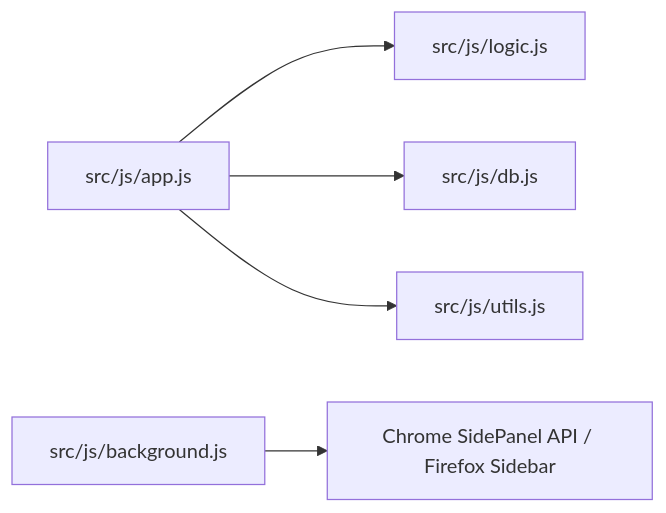
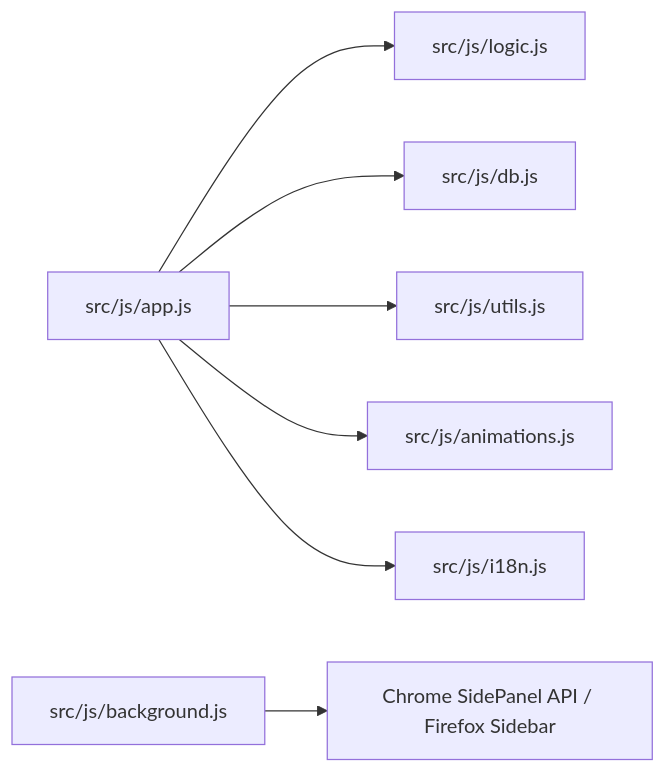
One commit to masanori-satake/QuickLog-Solo changed the diagram in docs/spec.md. Above: the diagram before and after it, drawn with Mermaid. The commit also changed other lines of this file and 3 other files, not shown here.

````diff
--- a/docs/spec.md
+++ b/docs/spec.md
@@ -93,7 +105,9 @@
 ```mermaid
 graph LR
     A[src/js/app.js] --> B[src/js/logic.js]
     A --> C[src/js/db.js]
     A --> D[src/js/utils.js]
+    A --> F[src/js/animations.js]
+    A --> G[src/js/i18n.js]
     E[src/js/background.js] --> SidePanel[Chrome SidePanel API / Firefox Sidebar]
 ```
````
